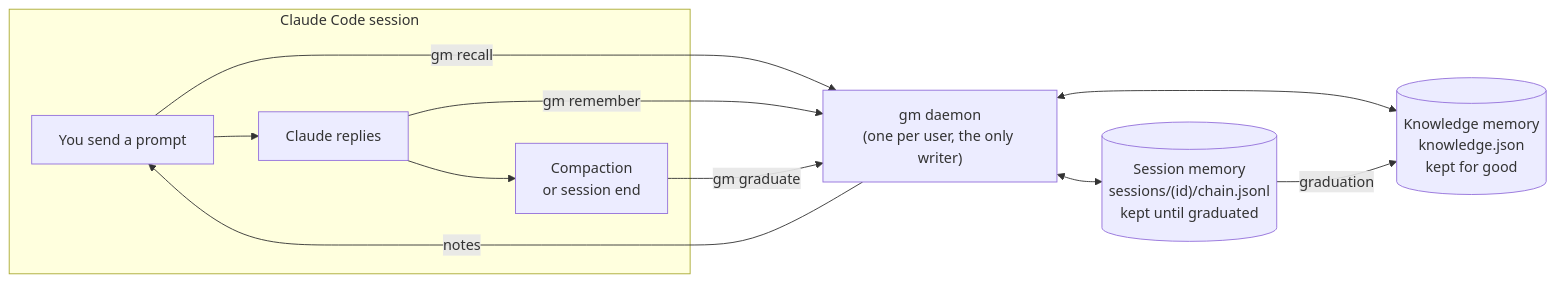
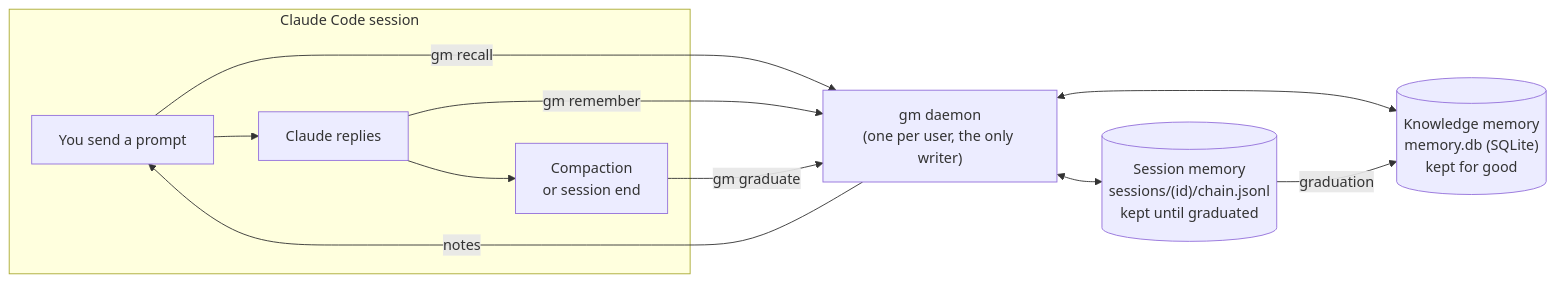
One commit to xihe92/graph-memory changed the first of 15 diagrams in docs/how-it-works.md. Above: the diagram before and after it, drawn with Mermaid. The commit also changed other lines of this file and 44 other files, not shown here.

````diff
--- a/docs/how-it-works.md
+++ b/docs/how-it-works.md
@@ -22,14 +22,14 @@
 ```mermaid
 flowchart LR
     subgraph CC["Claude Code session"]
         P["You send a prompt"] --> R["Claude replies"] --> E["Compaction<br/>or session end"]
     end
     P -- "gm recall" --> D
     R -- "gm remember" --> D
     E -- "gm graduate" --> D
     D["gm daemon<br/>(one per user, the only writer)"]
     D -- "notes" --> P
     D <--> B[("Session memory<br/>sessions/(id)/chain.jsonl<br/>kept until graduated")]
-    D <--> K[("Knowledge memory<br/>knowledge.json<br/>kept for good")]
+    D <--> K[("Knowledge memory<br/>memory.db (SQLite)<br/>kept for good")]
     B -- "graduation" --> K
 ```
````
